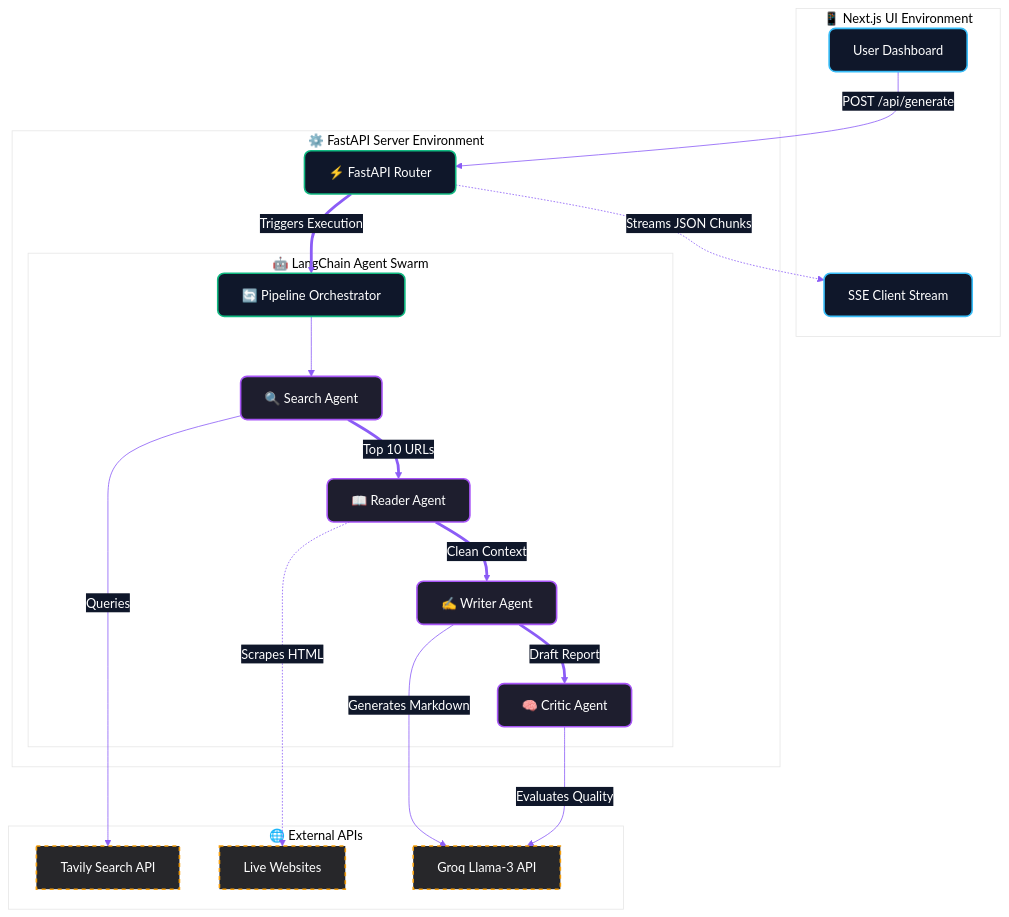
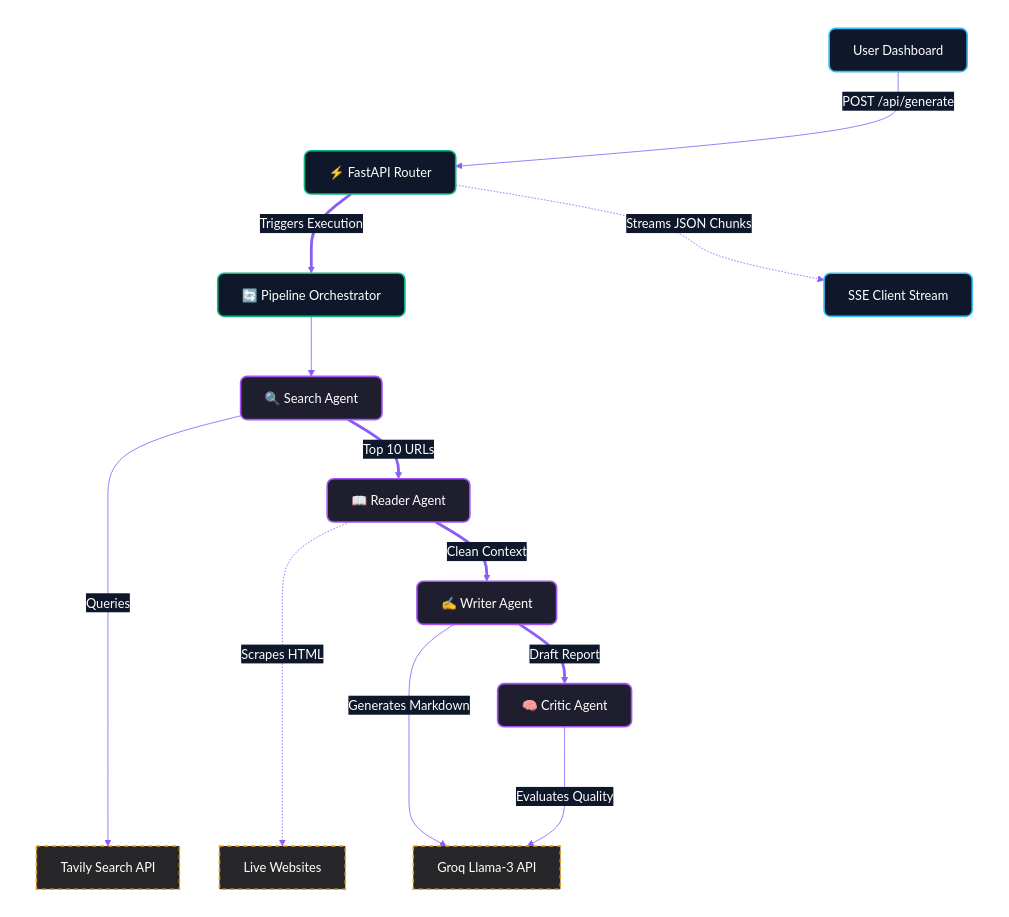
One commit to yashvardhan7319/NEXUS-Multi-AI-Research-Agent changed the first of 2 diagrams in README.md. Above: the diagram before and after it, drawn with Mermaid.

Commit message:
Remove white background from architecture diagram

````diff
--- a/README.md
+++ b/README.md
@@ -12,45 +12,45 @@
 ```mermaid
-%%{init: {'theme': 'base', 'themeVariables': { 'primaryColor': '#1e1e2e', 'primaryTextColor': '#fff', 'primaryBorderColor': '#7C3AED', 'lineColor': '#8b5cf6', 'secondaryColor': '#0f172a', 'tertiaryColor': '#fff'}}}%%
+%%{init: {'theme': 'base', 'themeVariables': { 'primaryColor': '#1e1e2e', 'primaryTextColor': '#fff', 'primaryBorderColor': '#7C3AED', 'lineColor': '#8b5cf6', 'secondaryColor': '#0f172a', 'tertiaryColor': 'transparent', 'clusterBkg': 'transparent'}}}%%
 flowchart TB
     classDef frontend fill:#0f172a,stroke:#38bdf8,stroke-width:2px,color:#fff,rx:8,ry:8;
     classDef backend fill:#0f172a,stroke:#10b981,stroke-width:2px,color:#fff,rx:8,ry:8;
     classDef agent fill:#1e1e2e,stroke:#a855f7,stroke-width:2px,color:#fff,rx:8,ry:8;
     classDef external fill:#27272a,stroke:#f59e0b,stroke-width:2px,color:#fff,stroke-dasharray: 5 5;
 
     subgraph Frontend [📱 Next.js UI Environment]
         UI[User Dashboard]:::frontend
         SSE[SSE Client Stream]:::frontend
     end
 
     subgraph Backend [⚙️ FastAPI Server Environment]
         API[⚡ FastAPI Router]:::backend
         Pipe[🔄 Pipeline Orchestrator]:::backend
         API ==>|Triggers Execution| Pipe
         
         subgraph Agents [🤖 LangChain Agent Swarm]
             SA[🔍 Search Agent]:::agent
             RA[📖 Reader Agent]:::agent
             WA[✍️ Writer Agent]:::agent
             CA[🧠 Critic Agent]:::agent
             
             Pipe --> SA
             SA ==>|Top 10 URLs| RA
             RA ==>|Clean Context| WA
             WA ==>|Draft Report| CA
         end
     end
     
     subgraph External [🌐 External APIs]
         Tavily[Tavily Search API]:::external
         Web[Live Websites]:::external
         Groq[Groq Llama-3 API]:::external
     end
 
     %% Connections
     UI -->|POST /api/generate| API
     API -.->|Streams JSON Chunks| SSE
     SA -->|Queries| Tavily
     RA -.->|Scrapes HTML| Web
     WA -->|Generates Markdown| Groq
     CA -->|Evaluates Quality| Groq
 ```
````
